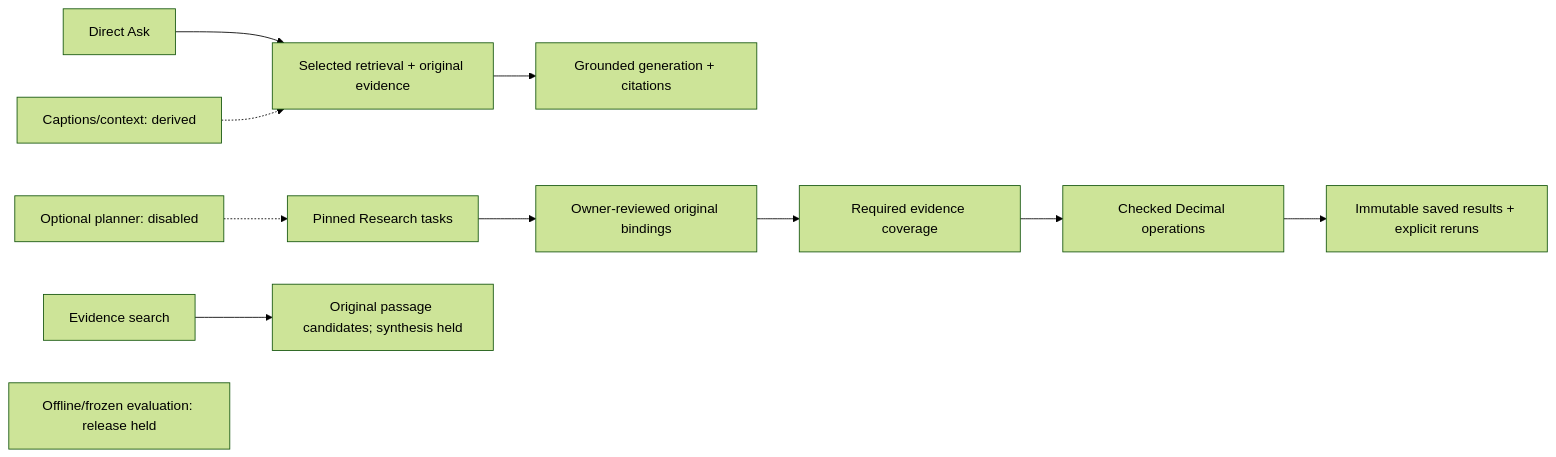
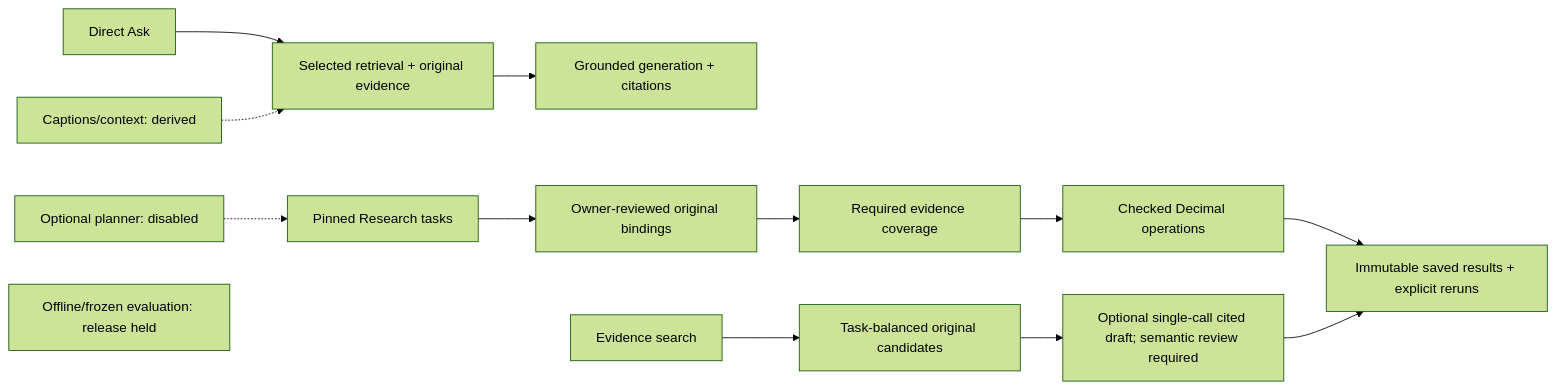
Before and after one commit to daniel-li2021/fin-rag-lab: the diagram in README.md, drawn with Mermaid (forest theme). The commit also changed other lines of this file and 35 other files, not shown here.

````diff
--- a/README.md
+++ b/README.md
@@ -32,13 +40,15 @@
 ```mermaid
 flowchart LR
     Ask[Direct Ask] --> Retrieval[Selected retrieval + original evidence]
     Retrieval --> Generation[Grounded generation + citations]
     Research[Pinned Research tasks] --> Facts[Owner-reviewed original bindings]
     Facts --> Coverage[Required evidence coverage]
     Coverage --> Decimal[Checked Decimal operations]
     Decimal --> History[Immutable saved results + explicit reruns]
-    Search[Evidence search] --> Candidates[Original passage candidates; synthesis held]
+    Search[Evidence search] --> Candidates[Task-balanced original candidates]
+    Candidates --> Draft[Optional single-call cited draft; semantic review required]
+    Draft --> History
     Planner[Optional planner: disabled] -.-> Research
     Derived[Captions/context: derived] -.-> Retrieval
     Evaluation[Offline/frozen evaluation: release held]
 ```
````
